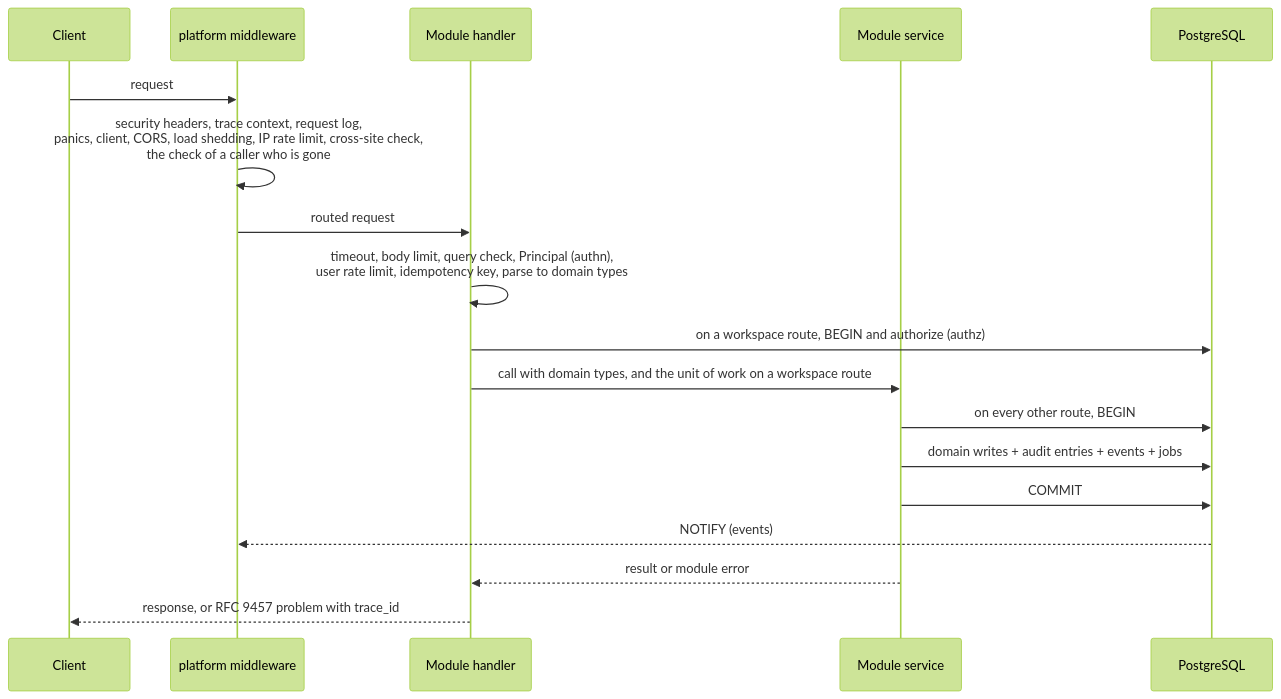
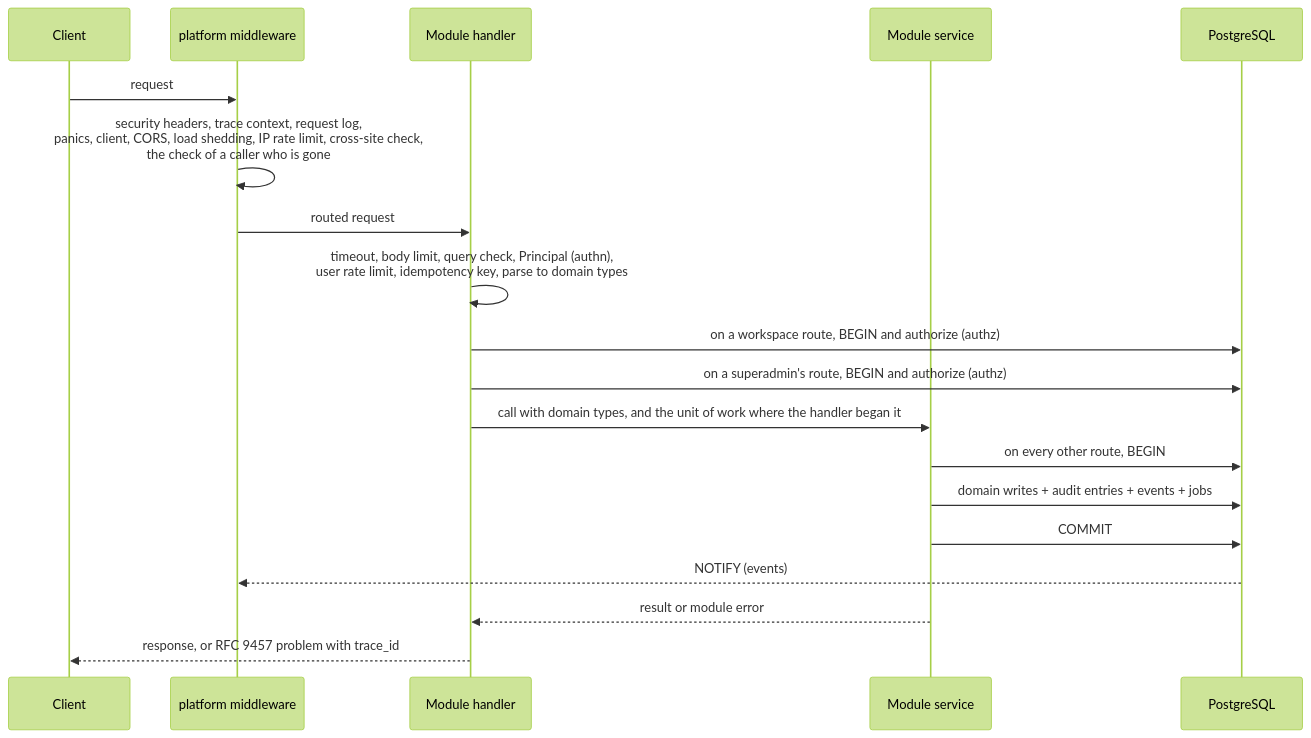
The third of 3 diagrams in docs/architecture.md (Grebyn35/AntWorker-API-Rust), drawn with Mermaid (forest theme) before and after one commit. The commit also changed other lines of this file and 19 other files, not shown here.

````diff
--- a/docs/architecture.md
+++ b/docs/architecture.md
@@ -266,20 +267,23 @@
 ```mermaid
 sequenceDiagram
   participant C as Client
   participant P as platform middleware
   participant H as Module handler
   participant S as Module service
   participant DB as PostgreSQL
   C->>P: request
   P->>P: security headers, trace context, request log,<br/>panics, client, CORS, load shedding, IP rate limit, cross-site check,<br/>the check of a caller who is gone
   P->>H: routed request
   H->>H: timeout, body limit, query check, Principal (authn),<br/>user rate limit, idempotency key, parse to domain types
   H->>DB: on a workspace route, BEGIN and authorize (authz)
-  H->>S: call with domain types, and the unit of work on a workspace route
+  %% part: superadmins
+  H->>DB: on a superadmin's route, BEGIN and authorize (authz)
+  %% end part: superadmins
+  H->>S: call with domain types, and the unit of work where the handler began it
   S->>DB: on every other route, BEGIN
   S->>DB: domain writes + audit entries + events + jobs
   S->>DB: COMMIT
   DB-->>P: NOTIFY (events)
   S-->>H: result or module error
   H-->>C: response, or RFC 9457 problem with trace_id
 ```
````
